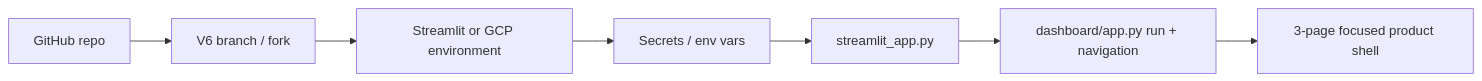
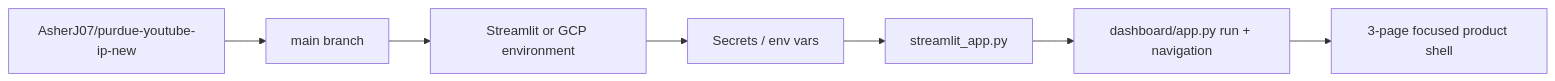
The sixth of 6 diagrams in README.md (AsherJ07/purdue-youtube-ip-new), drawn with Mermaid before and after one commit. The commit also changed other lines of this file and 3 other files, not shown here.

````diff
--- a/README.md
+++ b/README.md
@@ -309,9 +314,9 @@
 ```mermaid
 flowchart LR
-    A["GitHub repo"] --> B["V6 branch / fork"]
+    A["AsherJ07/purdue-youtube-ip-new"] --> B["main branch"]
     B --> C["Streamlit or GCP environment"]
     C --> D["Secrets / env vars"]
     D --> E["streamlit_app.py"]
     E --> F["dashboard/app.py run + navigation"]
     F --> G["3-page focused product shell"]
 ```
````
